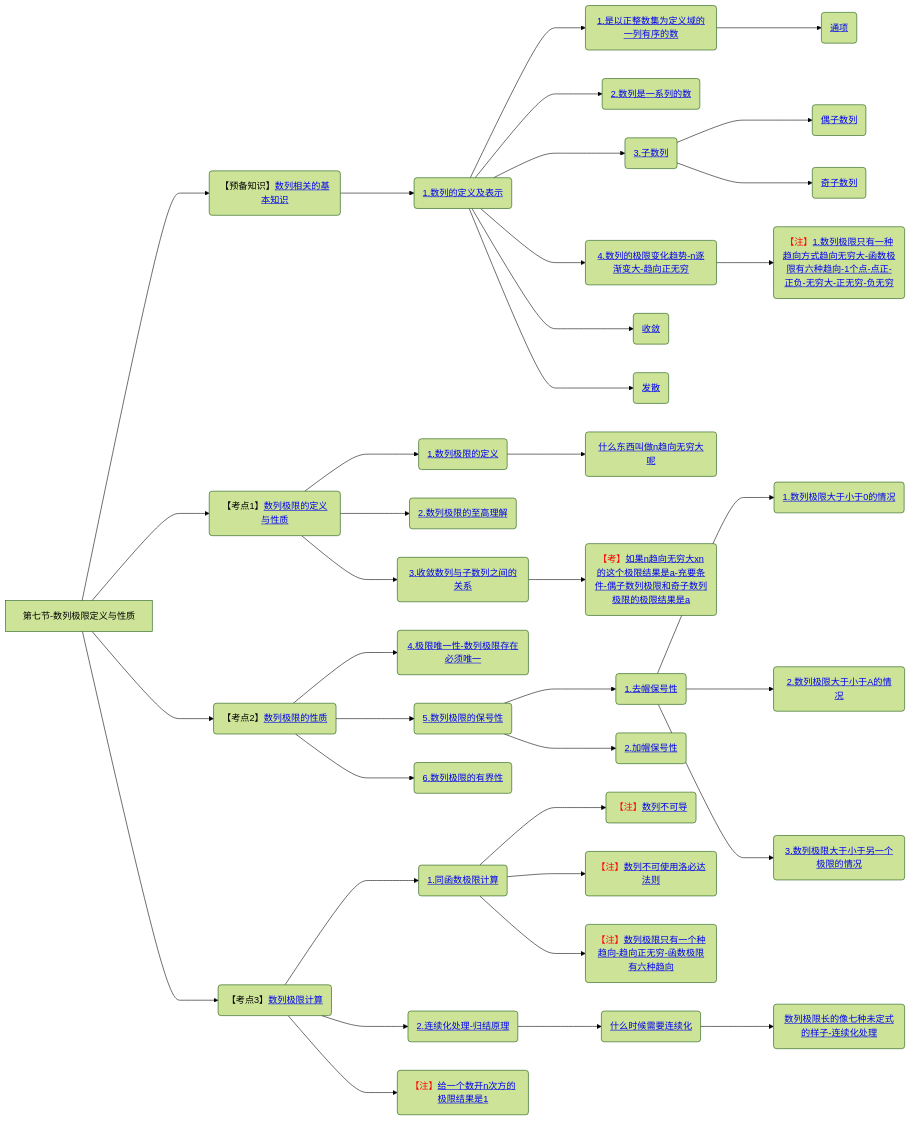
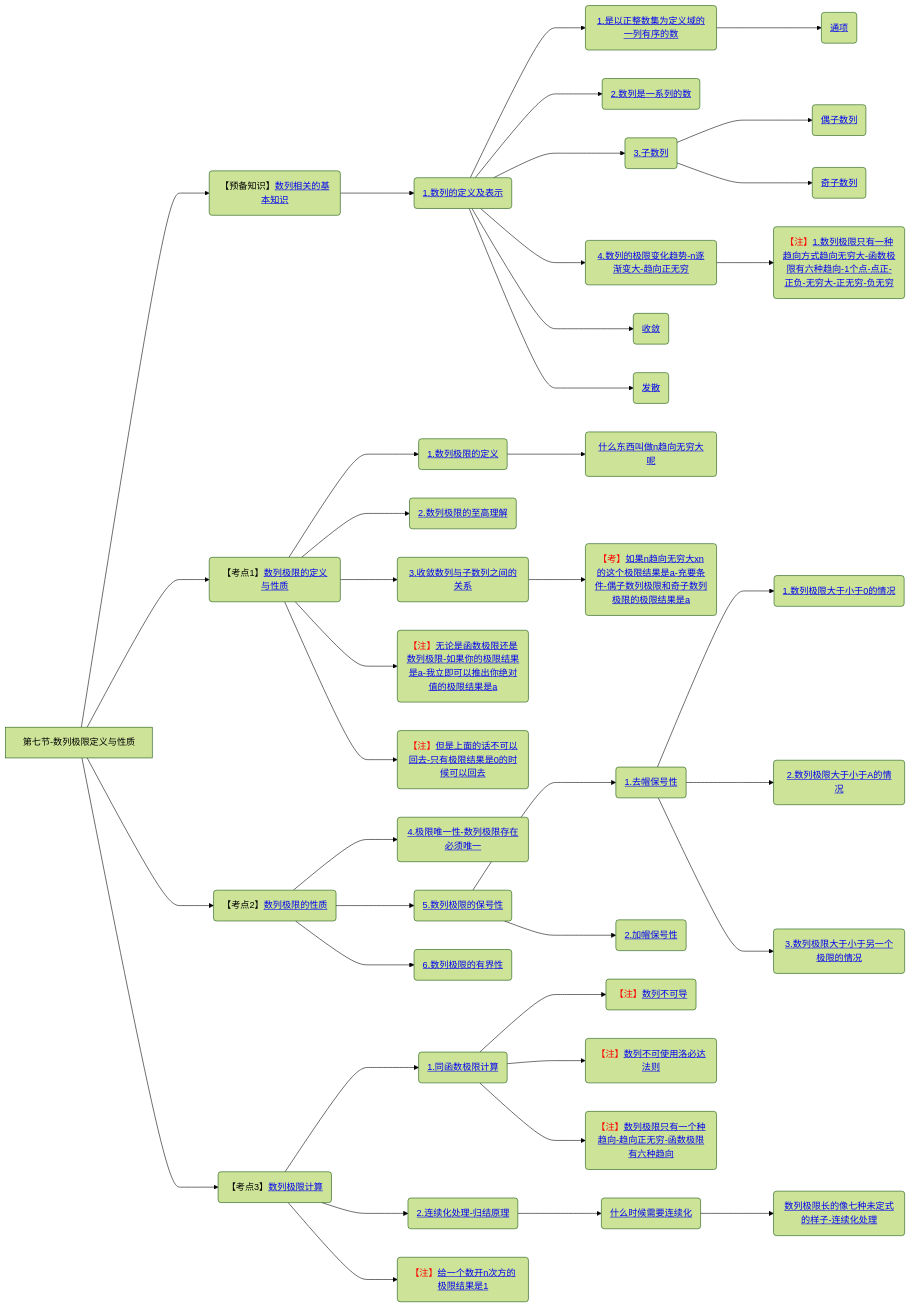
Before and after one commit to yuebinghui/note: the seventh of 7 diagrams in 笔记/数学/周洋鑫/01.基础班思维导图.md, drawn with Mermaid (forest theme). The commit also changed 2 other files, not shown here.

Commit message:
Fri Oct 25 09:20:01 CST 2024

````diff
--- a/笔记/数学/周洋鑫/01.基础班思维导图.md
+++ b/笔记/数学/周洋鑫/01.基础班思维导图.md
@@ -255,51 +255,53 @@
 ```mermaid
 graph LR
 第七节-数列极限定义与性质
 
 第七节-数列极限定义与性质--->数列相关的基本知识(【预备知识】<a href="/Users/yuebinghui/Documents/program/github/note/笔记/数学/周洋鑫/基础班/07.数列极限定义与性质.md#数列相关的基本知识">数列相关的基本知识</>)
 数列相关的基本知识--->1.数列的定义及表示(<a href="/Users/yuebinghui/Documents/program/github/note/笔记/数学/周洋鑫/基础班/07.数列极限定义与性质.md#1.数列的定义及表示">1.数列的定义及表示</>)
 1.数列的定义及表示--->1.是以正整数集为定义域的一列有序的数(<a href="/Users/yuebinghui/Documents/program/github/note/笔记/数学/周洋鑫/基础班/07.数列极限定义与性质.md#1.是以正整数集为定义域的一列有序的数">1.是以正整数集为定义域的一列有序的数</>)
 1.是以正整数集为定义域的一列有序的数--->通项(<a href="/Users/yuebinghui/Documents/program/github/note/笔记/数学/周洋鑫/基础班/07.数列极限定义与性质.md#通项">通项</>)
 
 1.数列的定义及表示--->2.数列是一系列的数(<a href="/Users/yuebinghui/Documents/program/github/note/笔记/数学/周洋鑫/基础班/07.数列极限定义与性质.md#2.数列是一系列的数">2.数列是一系列的数</>)
 
 1.数列的定义及表示--->3.子数列(<a href="/Users/yuebinghui/Documents/program/github/note/笔记/数学/周洋鑫/基础班/07.数列极限定义与性质.md#3.子数列">3.子数列</>)
 3.子数列--->偶子数列(<a href="/Users/yuebinghui/Documents/program/github/note/笔记/数学/周洋鑫/基础班/07.数列极限定义与性质.md#偶子数列">偶子数列</>)
 3.子数列--->奇子数列(<a href="/Users/yuebinghui/Documents/program/github/note/笔记/数学/周洋鑫/基础班/07.数列极限定义与性质.md#奇子数列">奇子数列</>)
 
 1.数列的定义及表示--->4.数列的极限变化趋势-n逐渐变大-趋向正无穷(<a href="/Users/yuebinghui/Documents/program/github/note/笔记/数学/周洋鑫/基础班/07.数列极限定义与性质.md#4.数列的极限变化趋势-n逐渐变大-趋向正无穷">4.数列的极限变化趋势-n逐渐变大-趋向正无穷</>)
 4.数列的极限变化趋势-n逐渐变大-趋向正无穷--->1.数列极限只有一种趋向方式趋向无穷大-函数极限有六种趋向-1个点-点正-正负-无穷大-正无穷-负无穷(<span style="color:red">【注】</span><a href="/Users/yuebinghui/Documents/program/github/note/笔记/数学/周洋鑫/基础班/07.数列极限定义与性质.md#1.数列极限只有一种趋向方式趋向无穷大-函数极限有六种趋向-1个点-点正-正负-无穷大-正无穷-负无穷">1.数列极限只有一种趋向方式趋向无穷大-函数极限有六种趋向-1个点-点正-正负-无穷大-正无穷-负无穷</>)
 1.数列的定义及表示--->收敛(<a href="/Users/yuebinghui/Documents/program/github/note/笔记/数学/周洋鑫/基础班/07.数列极限定义与性质.md#收敛">收敛</>)
 1.数列的定义及表示--->发散(<a href="/Users/yuebinghui/Documents/program/github/note/笔记/数学/周洋鑫/基础班/07.数列极限定义与性质.md#发散">发散</>)
 
 
 第七节-数列极限定义与性质--->数列极限的定义与性质(【考点1】<a href="/Users/yuebinghui/Documents/program/github/note/笔记/数学/周洋鑫/基础班/07.数列极限定义与性质.md#数列极限的定义与性质">数列极限的定义与性质</>)
 数列极限的定义与性质--->1.数列极限的定义(<a href="/Users/yuebinghui/Documents/program/github/note/笔记/数学/周洋鑫/基础班/07.数列极限定义与性质.md#1.数列极限的定义">1.数列极限的定义</>)
 1.数列极限的定义--->什么东西叫做n趋向无穷大呢(<a href="/Users/yuebinghui/Documents/program/github/note/笔记/数学/周洋鑫/基础班/07.数列极限定义与性质.md#什么东西叫做n趋向无穷大呢">什么东西叫做n趋向无穷大呢</>)
 数列极限的定义与性质--->2.数列极限的至高理解(<a href="/Users/yuebinghui/Documents/program/github/note/笔记/数学/周洋鑫/基础班/07.数列极限定义与性质.md#2.数列极限的至高理解">2.数列极限的至高理解</>)
 数列极限的定义与性质--->3.收敛数列与子数列之间的关系(<a href="/Users/yuebinghui/Documents/program/github/note/笔记/数学/周洋鑫/基础班/07.数列极限定义与性质.md#3.收敛数列与子数列之间的关系">3.收敛数列与子数列之间的关系</>)
 3.收敛数列与子数列之间的关系--->如果n趋向无穷大xn的这个极限结果是a-充要条件-偶子数列极限和奇子数列极限的极限结果是a(<span style="color:red">【考】</span><a href="/Users/yuebinghui/Documents/program/github/note/笔记/数学/周洋鑫/基础班/07.数列极限定义与性质.md#如果n趋向无穷大xn的这个极限结果是a-充要条件-偶子数列极限和奇子数列极限的极限结果是a">如果n趋向无穷大xn的这个极限结果是a-充要条件-偶子数列极限和奇子数列极限的极限结果是a</>)
+数列极限的定义与性质--->无论是函数极限还是数列极限-如果你的极限结果是a-我立即可以推出你绝对值的极限结果是a(<span style="color:red">【注】</span><a href="/Users/yuebinghui/Documents/program/github/note/笔记/数学/周洋鑫/基础班/07.数列极限定义与性质.md#无论是函数极限还是数列极限-如果你的极限结果是a-我立即可以推出你绝对值的极限结果是a">无论是函数极限还是数列极限-如果你的极限结果是a-我立即可以推出你绝对值的极限结果是a</>)
+数列极限的定义与性质--->但是上面的话不可以回去-只有极限结果是0的时候可以回去(<span style="color:red">【注】</span><a href="/Users/yuebinghui/Documents/program/github/note/笔记/数学/周洋鑫/基础班/07.数列极限定义与性质.md#但是上面的话不可以回去-只有极限结果是0的时候可以回去">但是上面的话不可以回去-只有极限结果是0的时候可以回去</>)
 
 第七节-数列极限定义与性质--->数列极限的性质(【考点2】<a href="/Users/yuebinghui/Documents/program/github/note/笔记/数学/周洋鑫/基础班/07.数列极限定义与性质.md#数列极限的性质">数列极限的性质</>)
 数列极限的性质--->4.极限唯一性-数列极限存在必须唯一(<a href="/Users/yuebinghui/Documents/program/github/note/笔记/数学/周洋鑫/基础班/07.数列极限定义与性质.md#4.极限唯一性-数列极限存在必须唯一">4.极限唯一性-数列极限存在必须唯一</>)
 数列极限的性质--->5.数列极限的保号性(<a href="/Users/yuebinghui/Documents/program/github/note/笔记/数学/周洋鑫/基础班/07.数列极限定义与性质.md#5.数列极限的保号性">5.数列极限的保号性</>)
 5.数列极限的保号性--->1.去帽保号性(<a href="/Users/yuebinghui/Documents/program/github/note/笔记/数学/周洋鑫/基础班/07.数列极限定义与性质.md#1.去帽保号性">1.去帽保号性</>)
 1.去帽保号性--->1.数列极限大于小于0的情况(<a href="/Users/yuebinghui/Documents/program/github/note/笔记/数学/周洋鑫/基础班/07.数列极限定义与性质.md#1.数列极限大于小于0的情况">1.数列极限大于小于0的情况</>)
 1.去帽保号性--->2.数列极限大于小于A的情况(<a href="/Users/yuebinghui/Documents/program/github/note/笔记/数学/周洋鑫/基础班/07.数列极限定义与性质.md#2.数列极限大于小于A的情况">2.数列极限大于小于A的情况</>)
 1.去帽保号性--->3.数列极限大于小于另一个极限的情况(<a href="/Users/yuebinghui/Documents/program/github/note/笔记/数学/周洋鑫/基础班/07.数列极限定义与性质.md#3.数列极限大于小于另一个极限的情况">3.数列极限大于小于另一个极限的情况</>)
 5.数列极限的保号性--->2.加帽保号性(<a href="/Users/yuebinghui/Documents/program/github/note/笔记/数学/周洋鑫/基础班/07.数列极限定义与性质.md#2.加帽保号性">2.加帽保号性</>)
 数列极限的性质--->6.数列极限的有界性(<a href="/Users/yuebinghui/Documents/program/github/note/笔记/数学/周洋鑫/基础班/07.数列极限定义与性质.md#6.数列极限的有界性">6.数列极限的有界性</>)
 
 第七节-数列极限定义与性质--->数列极限计算(【考点3】<a href="/Users/yuebinghui/Documents/program/github/note/笔记/数学/周洋鑫/基础班/07.数列极限定义与性质.md#数列极限计算">数列极限计算</>)
 数列极限计算--->1.同函数极限计算(<a href="/Users/yuebinghui/Documents/program/github/note/笔记/数学/周洋鑫/基础班/07.数列极限定义与性质.md#1.同函数极限计算">1.同函数极限计算</>)
 1.同函数极限计算--->数列不可导(<span style="color:red">【注】</span><a href="/Users/yuebinghui/Documents/program/github/note/笔记/数学/周洋鑫/基础班/07.数列极限定义与性质.md#数列不可导">数列不可导</>)
 1.同函数极限计算--->数列不可使用洛必达法则(<span style="color:red">【注】</span><a href="/Users/yuebinghui/Documents/program/github/note/笔记/数学/周洋鑫/基础班/07.数列极限定义与性质.md#数列不可使用洛必达法则">数列不可使用洛必达法则</>)
 1.同函数极限计算--->数列极限只有一个种趋向-趋向正无穷-函数极限有六种趋向(<span style="color:red">【注】</span><a href="/Users/yuebinghui/Documents/program/github/note/笔记/数学/周洋鑫/基础班/07.数列极限定义与性质.md#数列极限只有一个种趋向-趋向正无穷-函数极限有六种趋向">数列极限只有一个种趋向-趋向正无穷-函数极限有六种趋向</>)
 
 数列极限计算--->2.连续化处理-归结原理(<a href="/Users/yuebinghui/Documents/program/github/note/笔记/数学/周洋鑫/基础班/07.数列极限定义与性质.md#2.连续化处理-归结原理">2.连续化处理-归结原理</>)
 2.连续化处理-归结原理--->什么时候需要连续化(<a href="/Users/yuebinghui/Documents/program/github/note/笔记/数学/周洋鑫/基础班/07.数列极限定义与性质.md#什么时候需要连续化">什么时候需要连续化</>)
 什么时候需要连续化--->数列极限长的像七种未定式的样子-连续化处理(<a href="/Users/yuebinghui/Documents/program/github/note/笔记/数学/周洋鑫/基础班/07.数列极限定义与性质.md#数列极限长的像七种未定式的样子-连续化处理">数列极限长的像七种未定式的样子-连续化处理</>)
 数列极限计算--->给一个数开n次方的极限结果是1(<span style="color:red">【注】</span><a href="/Users/yuebinghui/Documents/program/github/note/笔记/数学/周洋鑫/基础班/07.数列极限定义与性质.md#给一个数开n次方的极限结果是1">给一个数开n次方的极限结果是1</>)
 
 
 ```
````
